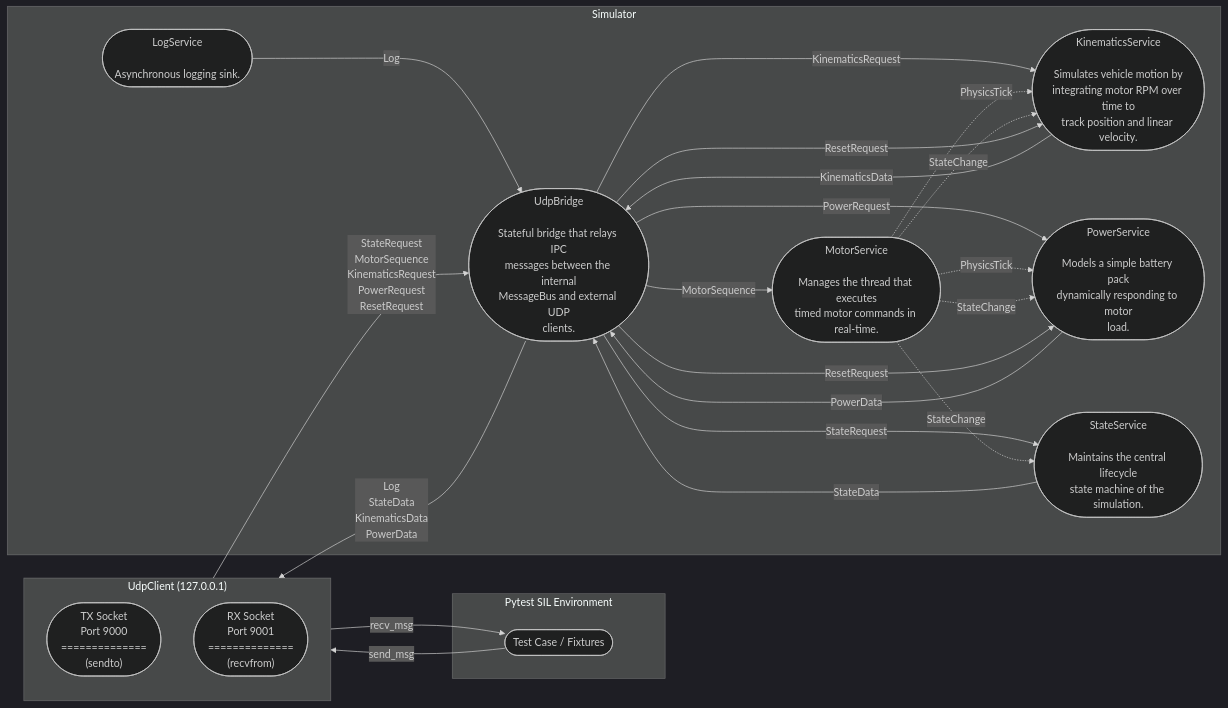
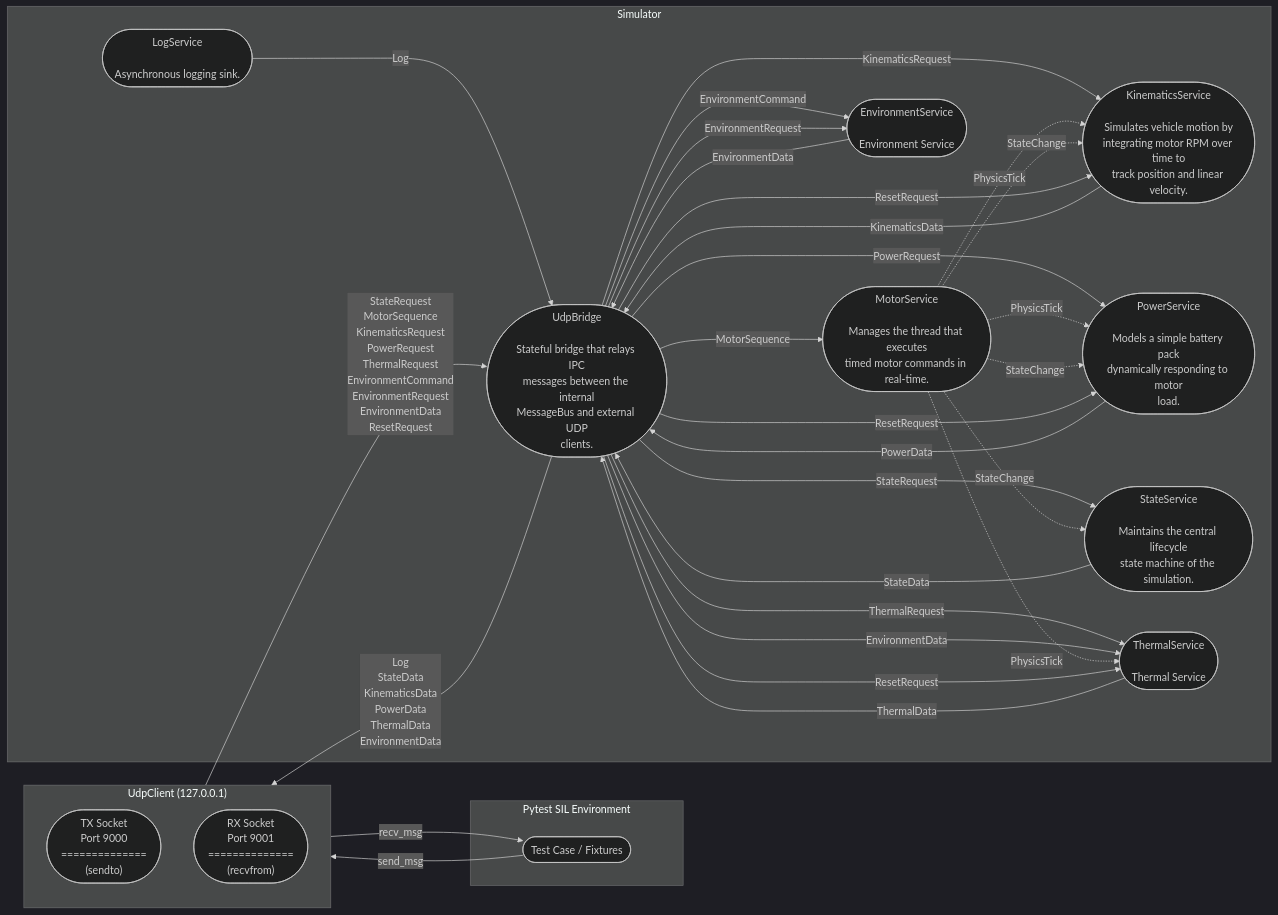
Before and after one commit to AxelBjork/reflect_pytest: the diagram in doc/README.md, drawn with Mermaid (dark theme). The commit also changed other lines of this file and 8 other files, not shown here.

````diff
--- a/doc/README.md
+++ b/doc/README.md
@@ -43,49 +43,60 @@
 ```mermaid
 flowchart LR
     %% ─── COLUMN 1: Pytest Test Harness ───
     subgraph py["Pytest SIL Environment"]
         TestCase(["Test Case / Fixtures"])
     end
 
     %% ─── COLUMN 2: Python UDP Client & Kernel Routing ───
     subgraph net["UdpClient (127.0.0.1)"]
         direction TB
         TX(["TX Socket<br/>Port 9000<br/>==============<br/>(sendto)"])
         RX(["RX Socket<br/>Port 9001<br/>==============<br/>(recvfrom)"])
     end
 
     %% ─── COLUMN 3: C++ SUT ───
     subgraph sim["Simulator"]
         MotorService(["MotorService<br/><br/>Manages the thread that executes<br/>timed motor commands in real-time."])
         KinematicsService(["KinematicsService<br/><br/>Simulates vehicle motion by<br/>integrating motor RPM over time to<br/>track position and linear velocity."])
         PowerService(["PowerService<br/><br/>Models a simple battery pack<br/>dynamically responding to motor<br/>load."])
         StateService(["StateService<br/><br/>Maintains the central lifecycle<br/>state machine of the simulation."])
+        ThermalService(["ThermalService<br/><br/>Thermal Service"])
+        EnvironmentService(["EnvironmentService<br/><br/>Environment Service"])
         LogService(["LogService<br/><br/>Asynchronous logging sink."])
         UdpBridge(["UdpBridge<br/><br/>Stateful bridge that relays IPC<br/>messages between the internal<br/>MessageBus and external UDP<br/>clients."])
         %% Bridge Distribution
         LogService -->|Log| UdpBridge
         UdpBridge -->|StateRequest| StateService
         StateService -->|StateData| UdpBridge
         UdpBridge -->|MotorSequence| MotorService
         UdpBridge -->|KinematicsRequest| KinematicsService
         KinematicsService -->|KinematicsData| UdpBridge
         UdpBridge -->|PowerRequest| PowerService
         PowerService -->|PowerData| UdpBridge
+        UdpBridge -->|ThermalRequest| ThermalService
+        ThermalService -->|ThermalData| UdpBridge
+        UdpBridge -->|EnvironmentCommand| EnvironmentService
+        UdpBridge -->|EnvironmentRequest| EnvironmentService
+        UdpBridge -->|EnvironmentData| ThermalService
+        EnvironmentService -->|EnvironmentData| UdpBridge
         MotorService -.->|PhysicsTick| KinematicsService
         MotorService -.->|PhysicsTick| PowerService
+        MotorService -.->|PhysicsTick| ThermalService
         MotorService -.->|StateChange| KinematicsService
         MotorService -.->|StateChange| PowerService
         MotorService -.->|StateChange| StateService
         UdpBridge -->|ResetRequest| KinematicsService
 
         UdpBridge -->|ResetRequest| PowerService
+
+        UdpBridge -->|ResetRequest| ThermalService
     end
 
     %% ─── INBOUND PATH ───
     TestCase -->|send_msg| TX
-    TX -->|"StateRequest<br/>MotorSequence<br/>KinematicsRequest<br/>PowerRequest<br/>ResetRequest"| UdpBridge
+    TX -->|"StateRequest<br/>MotorSequence<br/>KinematicsRequest<br/>PowerRequest<br/>ThermalRequest<br/>EnvironmentCommand<br/>EnvironmentRequest<br/>EnvironmentData<br/>ResetRequest"| UdpBridge
 
     %% ─── OUTBOUND PATH ───
-    UdpBridge -->|"Log<br/>StateData<br/>KinematicsData<br/>PowerData"| RX
+    UdpBridge -->|"Log<br/>StateData<br/>KinematicsData<br/>PowerData<br/>ThermalData<br/>EnvironmentData"| RX
     RX -->|recv_msg| TestCase
 ```
````
